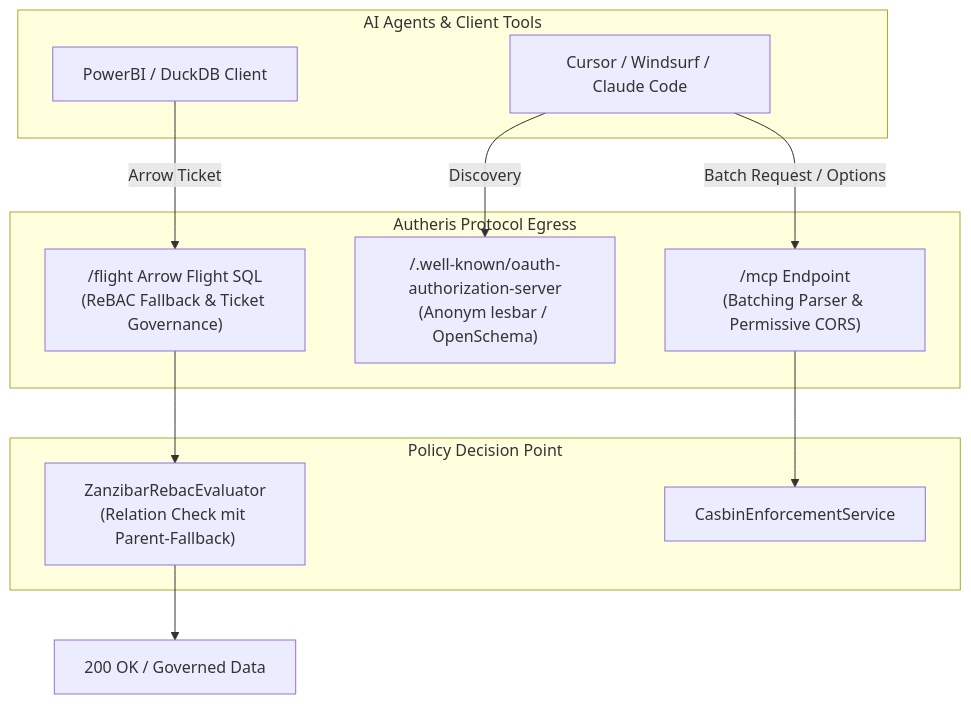
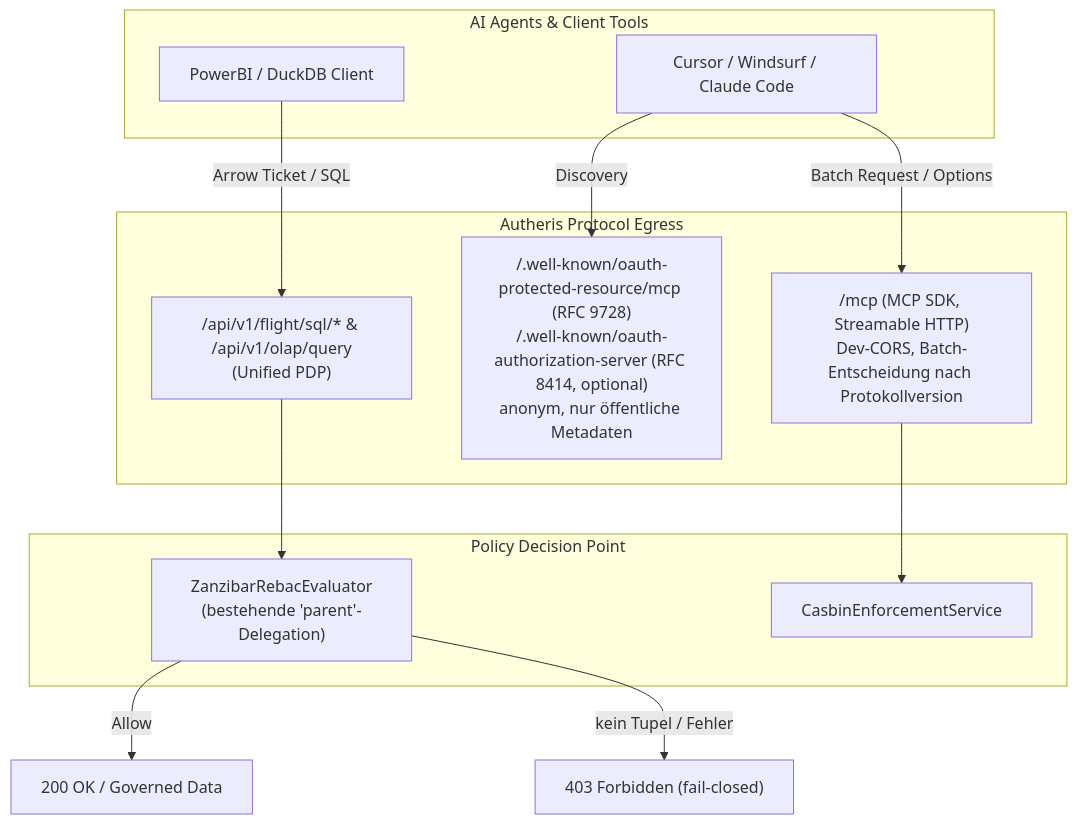
The diagram in docs/plans/plan-poc-arrow-olap-rebac-und-mcp-staging.md (themulle/autheris), drawn with Mermaid before and after one commit. The commit also changed other lines of this file and 6 other files, not shown here.

Commit message:
docs: add implementation plan for heterogeneous WebSQL API federation joins

````diff
--- a/docs/plans/plan-poc-arrow-olap-rebac-und-mcp-staging.md
+++ b/docs/plans/plan-poc-arrow-olap-rebac-und-mcp-staging.md
@@ -26,26 +26,27 @@
 ```mermaid
 flowchart TD
     subgraph Client["AI Agents & Client Tools"]
         Agent["Cursor / Windsurf / Claude Code"]
         BiTool["PowerBI / DuckDB Client"]
     end
 
     subgraph EgressGate["Autheris Protocol Egress"]
-        McpEp["/mcp Endpoint<br/>(Batching Parser & Permissive CORS)"]
-        Discovery["/.well-known/oauth-authorization-server<br/>(Anonym lesbar / OpenSchema)"]
-        FlightEp["/flight Arrow Flight SQL<br/>(ReBAC Fallback & Ticket Governance)"]
+        McpEp["/mcp (MCP SDK, Streamable HTTP)<br/>Dev-CORS, Batch-Entscheidung nach Protokollversion"]
+        Discovery["/.well-known/oauth-protected-resource/mcp (RFC 9728)<br/>/.well-known/oauth-authorization-server (RFC 8414, optional)<br/>anonym, nur öffentliche Metadaten"]
+        FlightEp["/api/v1/flight/sql/* & /api/v1/olap/query<br/>(Unified PDP)"]
     end
 
     subgraph AuthEngine["Policy Decision Point"]
-        Rebac["ZanzibarRebacEvaluator<br/>(Relation Check mit Parent-Fallback)"]
+        Rebac["ZanzibarRebacEvaluator<br/>(bestehende 'parent'-Delegation)"]
         Casbin["CasbinEnforcementService"]
     end
 
     Agent -->|Batch Request / Options| McpEp
     Agent -->|Discovery| Discovery
-    BiTool -->|Arrow Ticket| FlightEp
+    BiTool -->|Arrow Ticket / SQL| FlightEp
 
     McpEp --> Casbin
     FlightEp --> Rebac
-    Rebac --> Allow["200 OK / Governed Data"]
+    Rebac -->|Allow| Allow["200 OK / Governed Data"]
+    Rebac -->|kein Tupel / Fehler| Deny["403 Forbidden (fail-closed)"]
 ```
````
